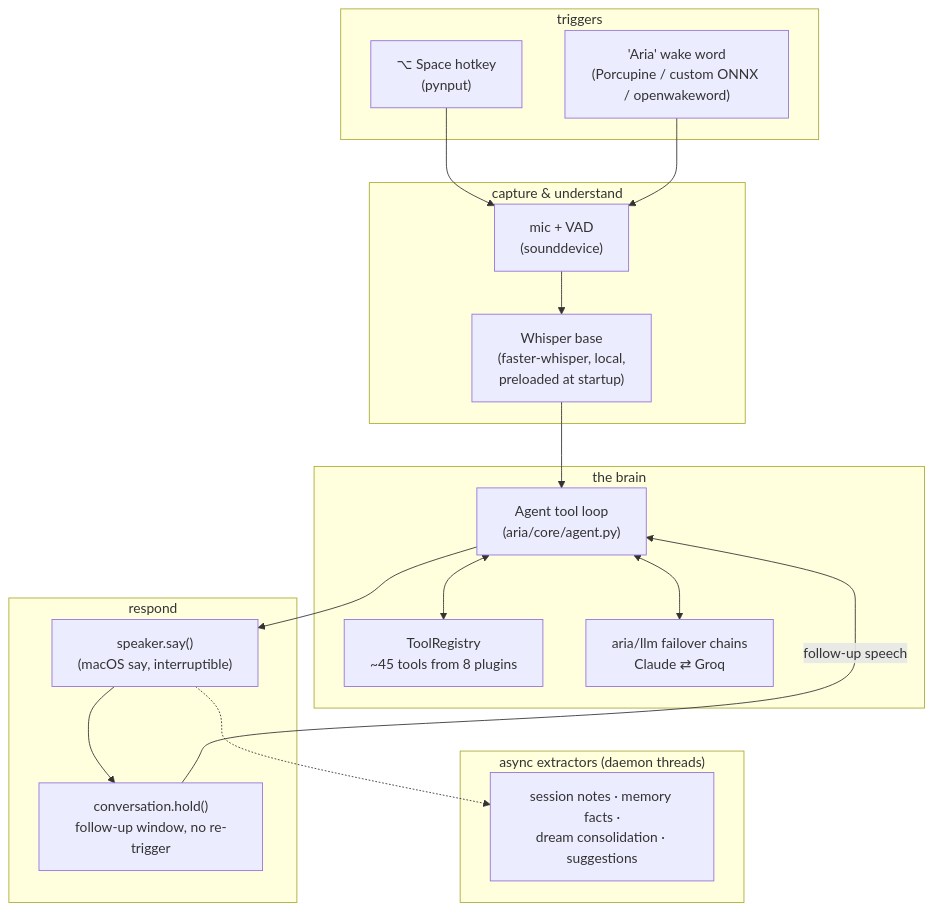
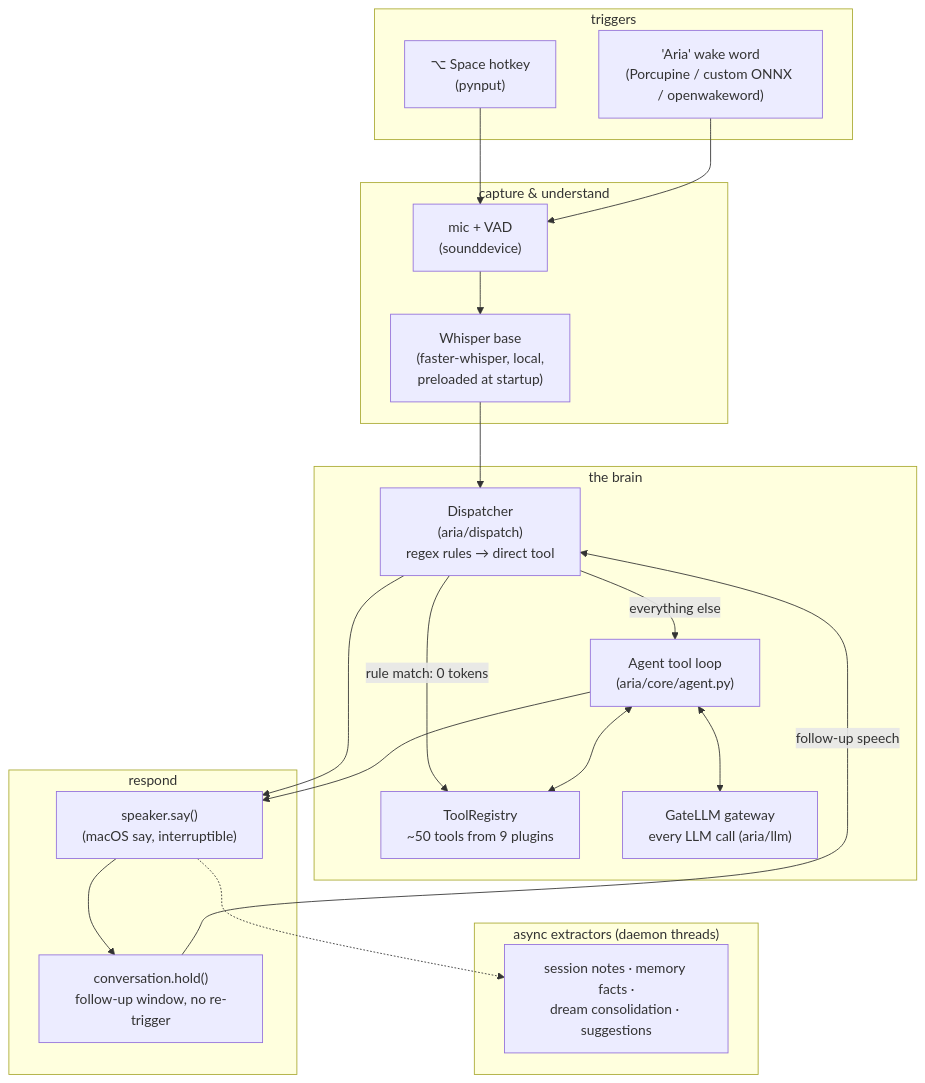
Before and after one commit to Bhanu1299/Aria: the first of 6 diagrams in ARCHITECTURE.md, drawn with Mermaid. The commit also changed other lines of this file and 37 other files, not shown here.

First line of the commit message:
feat: one-path dispatcher and every LLM call through GateLLM

````diff
--- a/ARCHITECTURE.md
+++ b/ARCHITECTURE.md
@@ -22,36 +25,40 @@
 ```mermaid
 flowchart TB
     subgraph triggers [" triggers "]
         HK["⌥ Space hotkey<br/>(pynput)"]
         WW["'Aria' wake word<br/>(Porcupine / custom ONNX / openwakeword)"]
     end
 
     subgraph capture [" capture & understand "]
         VAD["mic + VAD<br/>(sounddevice)"]
         WH["Whisper base<br/>(faster-whisper, local,<br/>preloaded at startup)"]
     end
 
     subgraph brain [" the brain "]
+        DSP["Dispatcher<br/>(aria/dispatch)<br/>regex rules → direct tool"]
         AG["Agent tool loop<br/>(aria/core/agent.py)"]
-        REG["ToolRegistry<br/>~45 tools from 8 plugins"]
-        LLM["aria/llm failover chains<br/>Claude ⇄ Groq"]
+        REG["ToolRegistry<br/>~50 tools from 9 plugins"]
+        LLM["GateLLM gateway<br/>every LLM call (aria/llm)"]
     end
 
     subgraph out [" respond "]
         TTS["speaker.say()<br/>(macOS say, interruptible)"]
         CONV["conversation.hold()<br/>follow-up window, no re-trigger"]
     end
 
     subgraph async [" async extractors (daemon threads) "]
         EX["session notes · memory facts ·<br/>dream consolidation · suggestions"]
     end
 
     HK --> VAD
     WW --> VAD
-    VAD --> WH --> AG
+    VAD --> WH --> DSP
+    DSP -->|"rule match: 0 tokens"| REG
+    DSP -->|"everything else"| AG
     AG <--> REG
     AG <--> LLM
+    DSP --> TTS
     AG --> TTS --> CONV
-    CONV -->|"follow-up speech"| AG
+    CONV -->|"follow-up speech"| DSP
     TTS -.-> EX
 ```
````
